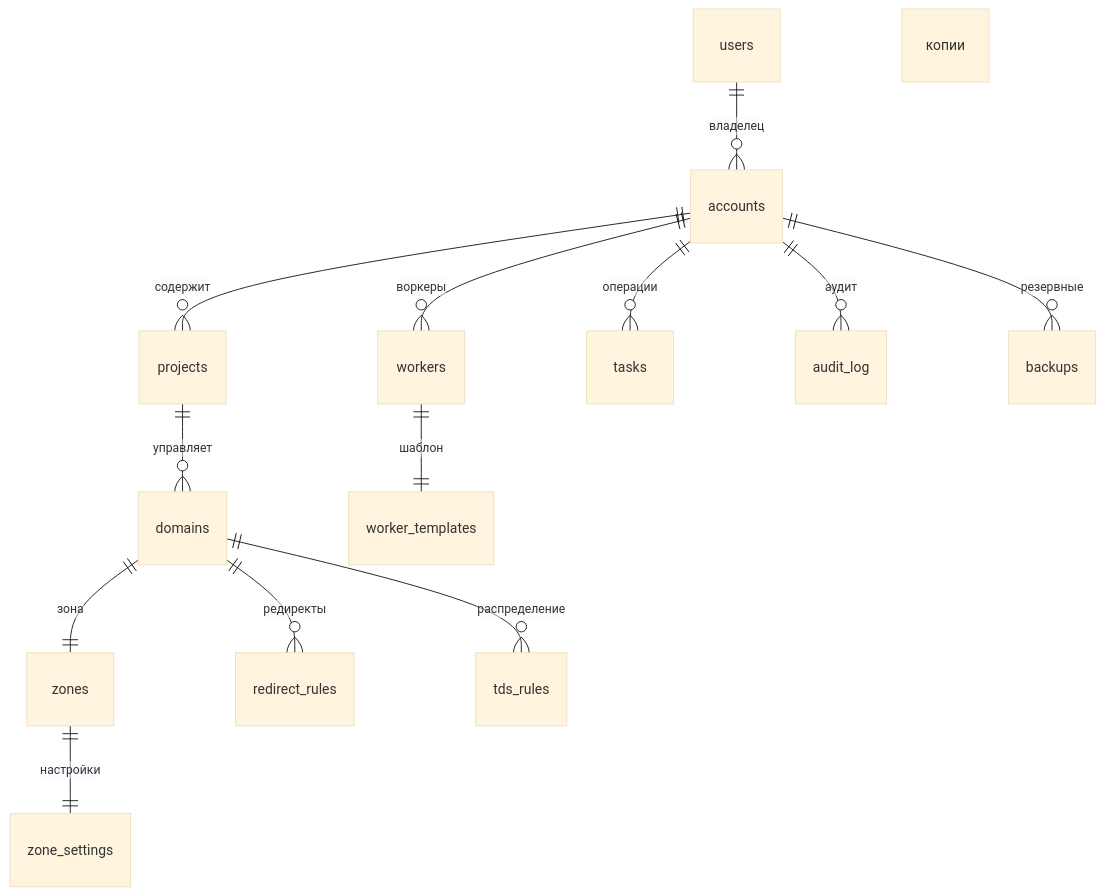
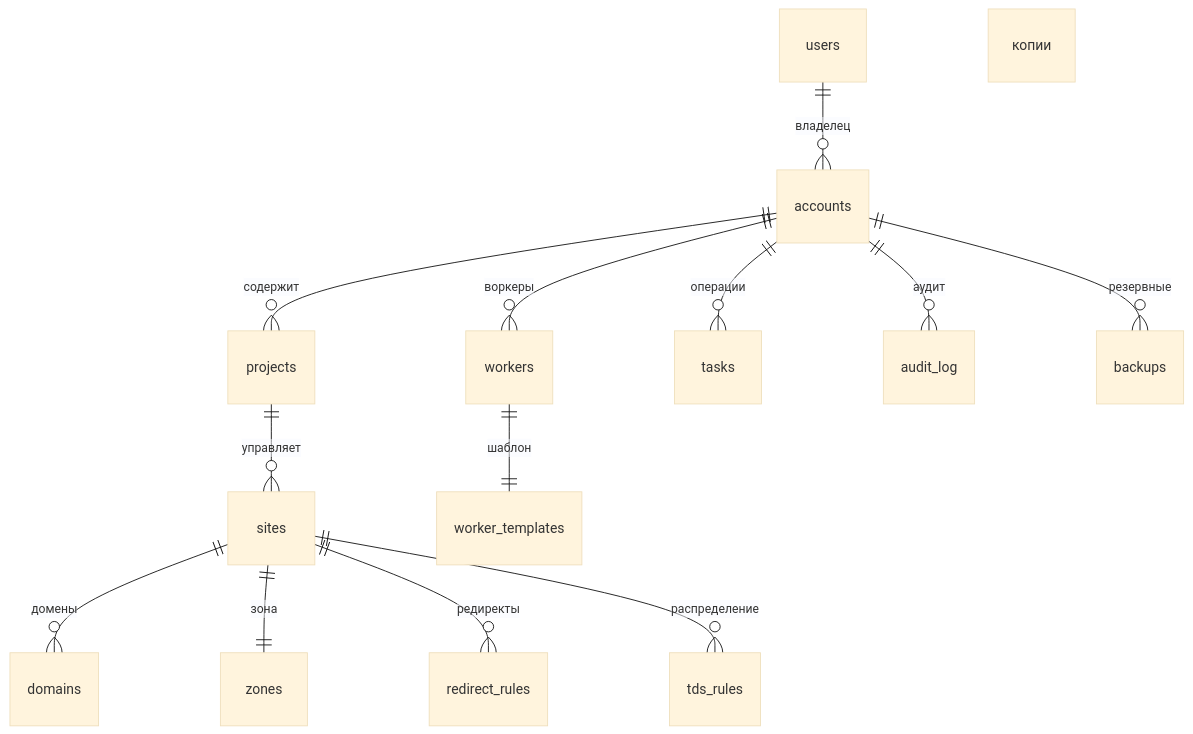
Before and after one commit to admin310st/301: the diagram in wiki/Data_Model.md, drawn with Mermaid (base theme). The commit also changed other lines of this file and 1 other file, not shown here.

````diff
--- a/wiki/Data_Model.md
+++ b/wiki/Data_Model.md
@@ -73,15 +77,19 @@
 ```mermaid
 erDiagram
     users ||--o{ accounts : владелец
     accounts ||--o{ projects : содержит
-    projects ||--o{ domains : управляет
-    domains ||--|| zones : зона
-    zones ||--|| zone_settings : настройки
-    domains ||--o{ redirect_rules : редиректы
-    domains ||--o{ tds_rules : распределение
+
+    projects ||--o{ sites : управляет
+    sites ||--o{ domains : домены
+    sites ||--|| zones : зона
+
+    sites ||--o{ redirect_rules : редиректы
+    sites ||--o{ tds_rules : распределение
+
     accounts ||--o{ workers : воркеры
     workers ||--|| worker_templates : шаблон
+
     accounts ||--o{ tasks : операции
     accounts ||--o{ audit_log : аудит
     accounts ||--o{ backups : резервные копии
 ```
````
